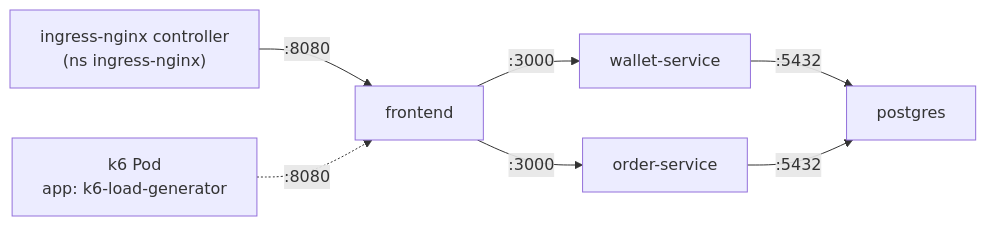
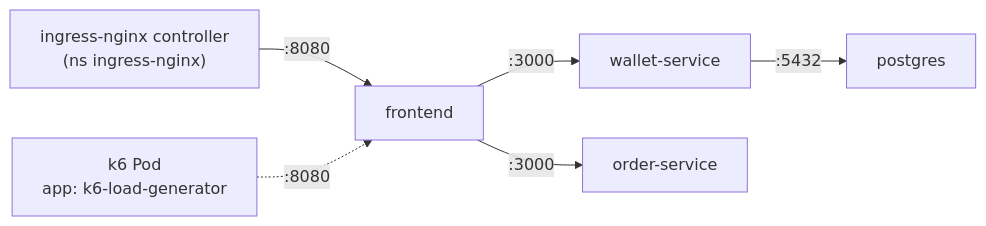
The fourth of 6 diagrams in architecture.md (SaharBe/crypto-wallet-service), drawn with Mermaid before and after one commit. The commit also changed other lines of this file and 3 other files, not shown here.

````diff
--- a/architecture.md
+++ b/architecture.md
@@ -204,9 +204,8 @@
 ```mermaid
 flowchart LR
     NG["ingress-nginx controller<br/>(ns ingress-nginx)"] -->|":8080"| FE["frontend"]
     K6["k6 Pod<br/>app: k6-load-generator"] -.->|":8080"| FE
     FE -->|":3000"| WS["wallet-service"]
     FE -->|":3000"| OS["order-service"]
     WS -->|":5432"| PG["postgres"]
-    OS -->|":5432"| PG
 ```
````
